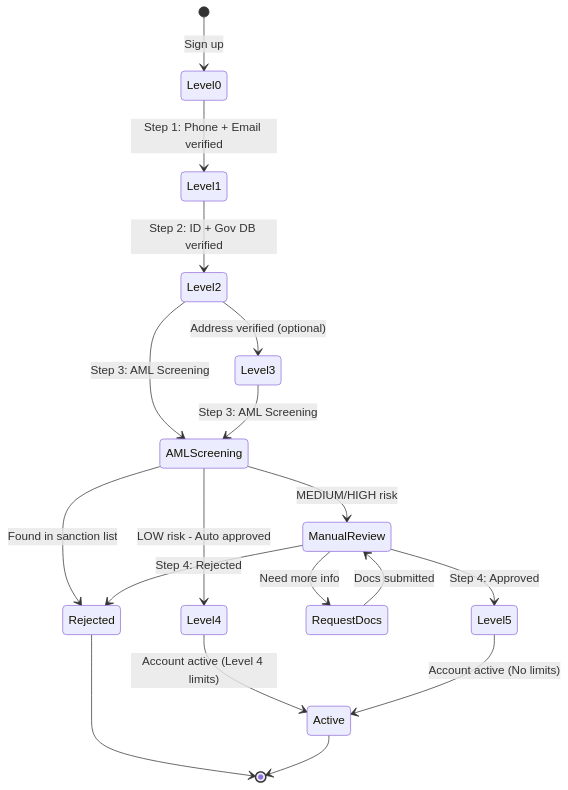
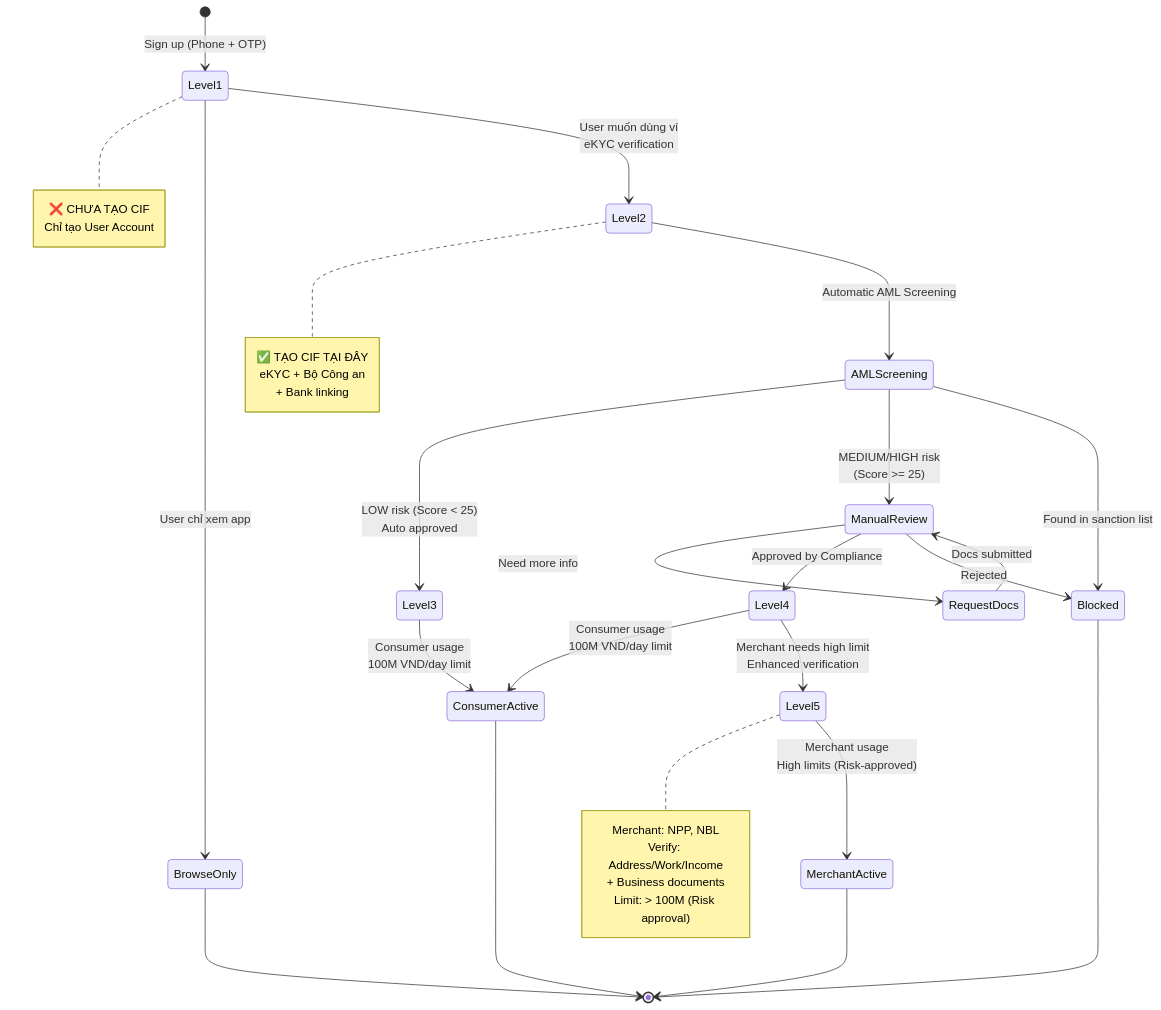
One commit to PhuMBT/eWallet_CBS changed the fifth of 6 diagrams in docs/cbs-sdk-finance/10-cif-management.md. Above: the diagram before and after it, drawn with Mermaid. The commit also changed other lines of this file, not shown here.

````diff
--- a/docs/cbs-sdk-finance/10-cif-management.md
+++ b/docs/cbs-sdk-finance/10-cif-management.md
@@ -1199,25 +1623,48 @@
 ```mermaid
 stateDiagram-v2
-    [*] --> Level0: Sign up
-    Level0 --> Level1: Step 1: Phone + Email verified
-    Level1 --> Level2: Step 2: ID + Gov DB verified
-    Level2 --> Level3: Address verified (optional)
-    Level2 --> AMLScreening: Step 3: AML Screening
-    Level3 --> AMLScreening: Step 3: AML Screening
+    [*] --> Level1: Sign up (Phone + OTP)
     
-    AMLScreening --> Level4: LOW risk - Auto approved
-    AMLScreening --> ManualReview: MEDIUM/HIGH risk
-    AMLScreening --> Rejected: Found in sanction list
+    note right of Level1
+        ❌ CHƯA TẠO CIF
+        Chỉ tạo User Account
+    end note
+    
+    Level1 --> BrowseOnly: User chỉ xem app
+    Level1 --> Level2: User muốn dùng ví<br/>eKYC verification
+    
+    note right of Level2
+        ✅ TẠO CIF TẠI ĐÂY
+        eKYC + Bộ Công an
+        + Bank linking
+    end note
+    
+    Level2 --> AMLScreening: Automatic AML Screening
+    
+    AMLScreening --> Level3: LOW risk (Score < 25)<br/>Auto approved
+    AMLScreening --> ManualReview: MEDIUM/HIGH risk<br/>(Score >= 25)
+    AMLScreening --> Blocked: Found in sanction list
     
     ManualReview --> RequestDocs: Need more info
     RequestDocs --> ManualReview: Docs submitted
     
-    ManualReview --> Level5: Step 4: Approved
-    ManualReview --> Rejected: Step 4: Rejected
+    ManualReview --> Level4: Approved by Compliance
+    ManualReview --> Blocked: Rejected
     
-    Level4 --> Active: Account active (Level 4 limits)
-    Level5 --> Active: Account active (No limits)
+    Level3 --> ConsumerActive: Consumer usage<br/>100M VND/day limit
+    Level4 --> ConsumerActive: Consumer usage<br/>100M VND/day limit
+    Level4 --> Level5: Merchant needs high limit<br/>Enhanced verification
     
-    Rejected --> [*]
-    Active --> [*]
+    note right of Level5
+        Merchant: NPP, NBL
+        Verify: Address/Work/Income
+        + Business documents
+        Limit: > 100M (Risk approval)
+    end note
+    
+    Level5 --> MerchantActive: Merchant usage<br/>High limits (Risk-approved)
+    
+    BrowseOnly --> [*]
+    ConsumerActive --> [*]
+    MerchantActive --> [*]
+    Blocked --> [*]
 ```
````
